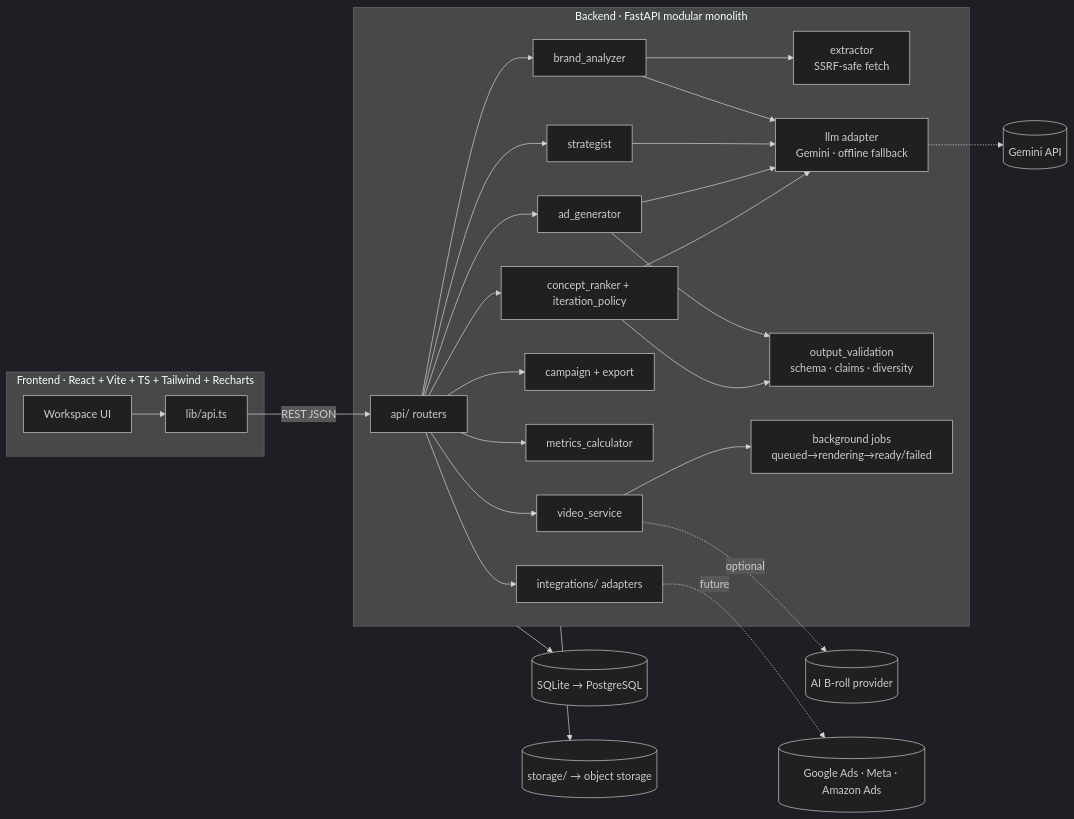
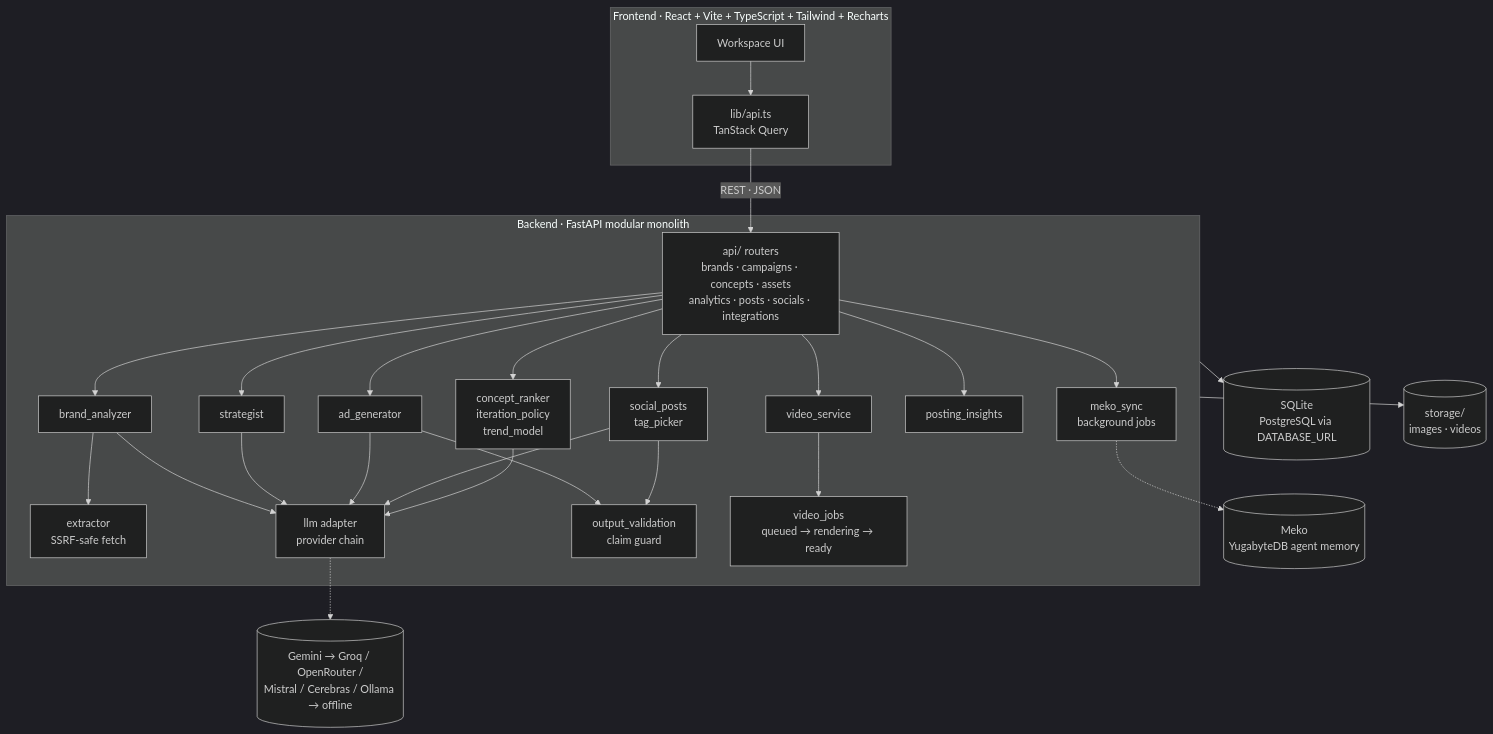
Before and after one commit to Shyam1922/AdPilot-AI: the second of 9 diagrams in README.md, drawn with Mermaid (dark theme). The commit also changed other lines of this file and 3 other files, not shown here.

````diff
--- a/README.md
+++ b/README.md
@@ -157,30 +155,31 @@
 ```mermaid
-flowchart LR
-  subgraph FE[Frontend · React + Vite + TS + Tailwind + Recharts]
-    UI[Workspace UI] --> APIClient[lib/api.ts]
-  end
+flowchart TB
+    subgraph FE["Frontend · React + Vite + TypeScript + Tailwind + Recharts"]
+        UI[Workspace UI] --> Client["lib/api.ts<br/>TanStack Query"]
+    end
 
-  APIClient -->|REST JSON| API
+    Client -->|REST · JSON| Routers
 
-  subgraph BE[Backend · FastAPI modular monolith]
-    API[api/ routers] --> BrandSvc[brand_analyzer]
-    API --> StratSvc[strategist]
-    API --> GenSvc[ad_generator]
-    API --> VidSvc[video_service]
-    API --> CampSvc[campaign + export]
-    API --> MetSvc[metrics_calculator]
-    API --> OptSvc[concept_ranker + iteration_policy]
-    API --> IntSvc[integrations/ adapters]
+    subgraph BE["Backend · FastAPI modular monolith"]
+        Routers["api/ routers<br/>brands · campaigns · concepts · assets<br/>analytics · posts · socials · integrations"]
 
-    BrandSvc --> Extract[extractor<br/>SSRF-safe fetch]
-    BrandSvc & StratSvc & GenSvc & OptSvc --> LLM[llm adapter<br/>Gemini · offline fallback]
-    GenSvc & OptSvc --> Guard[output_validation<br/>schema · claims · diversity]
-    VidSvc --> Jobs[background jobs<br/>queued→rendering→ready/failed]
-  end
+        Routers --> Brand[brand_analyzer]
+        Routers --> Strat[strategist]
+        Routers --> Gen[ad_generator]
+        Routers --> Soc[social_posts<br/>tag_picker]
+        Routers --> Vid[video_service]
+        Routers --> Opt[concept_ranker<br/>iteration_policy<br/>trend_model]
+        Routers --> Ins[posting_insights]
 
-  BE --> DB[(SQLite → PostgreSQL)]
-  BE --> FS[(storage/ → object storage)]
-  LLM -.-> Gemini[(Gemini API)]
-  VidSvc -.optional.-> VidAPI[(AI B-roll provider)]
-  IntSvc -.future.-> Ads[(Google Ads · Meta · Amazon Ads)]
+        Brand --> Ext["extractor<br/>SSRF-safe fetch"]
+        Brand & Strat & Gen & Soc & Opt --> LLM["llm adapter<br/>provider chain"]
+        Gen & Soc --> Guard["output_validation<br/>claim guard"]
+        Vid --> Jobs["video_jobs<br/>queued → rendering → ready"]
+        Routers --> Sync[meko_sync<br/>background jobs]
+    end
+
+    BE --> DB[("SQLite<br/>PostgreSQL via DATABASE_URL")]
+    BE --> FS[("storage/<br/>images · videos")]
+    LLM -.-> Prov[("Gemini → Groq / OpenRouter /<br/>Mistral / Cerebras / Ollama → offline")]
+    Sync -.-> Meko[("Meko<br/>YugabyteDB agent memory")]
 ```
````
